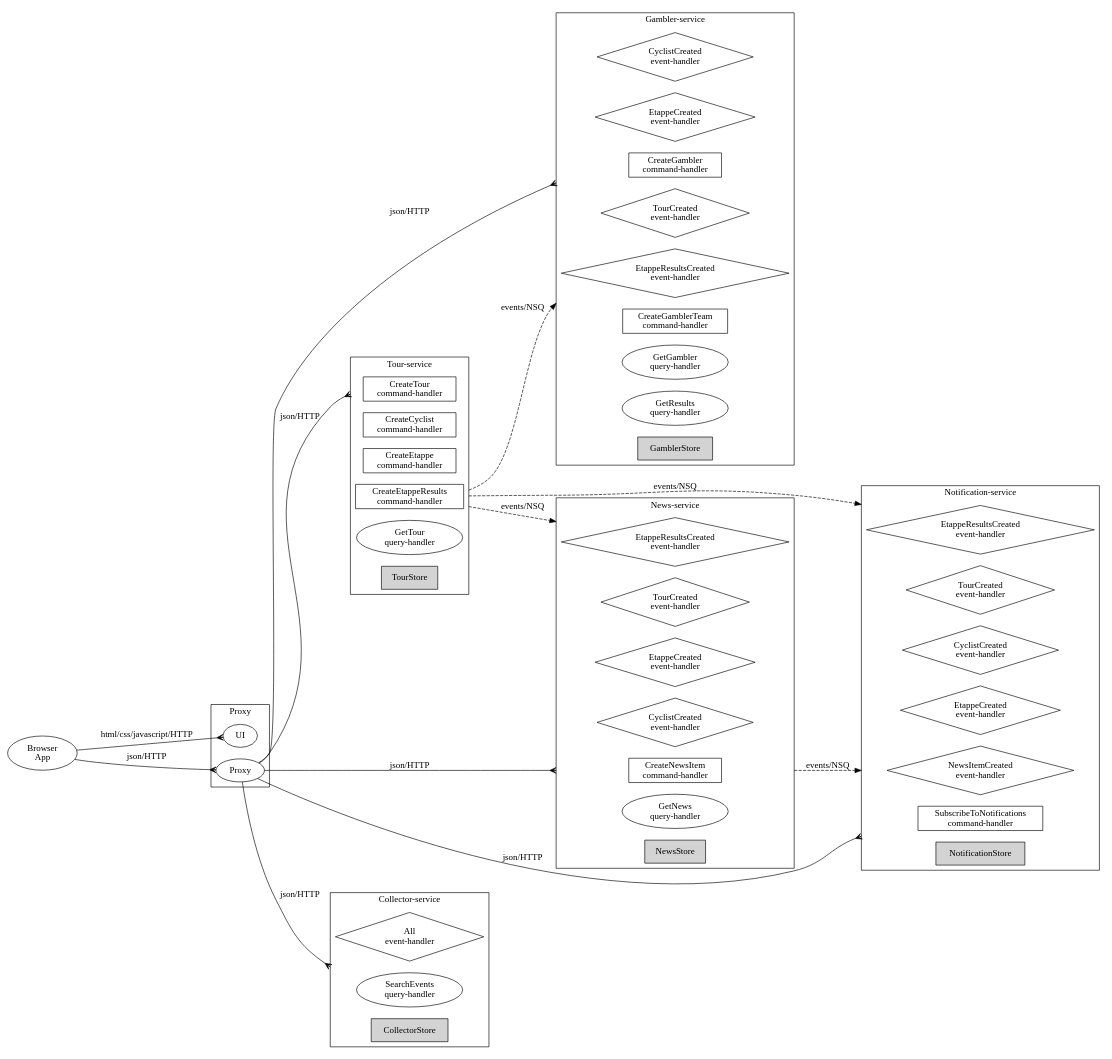
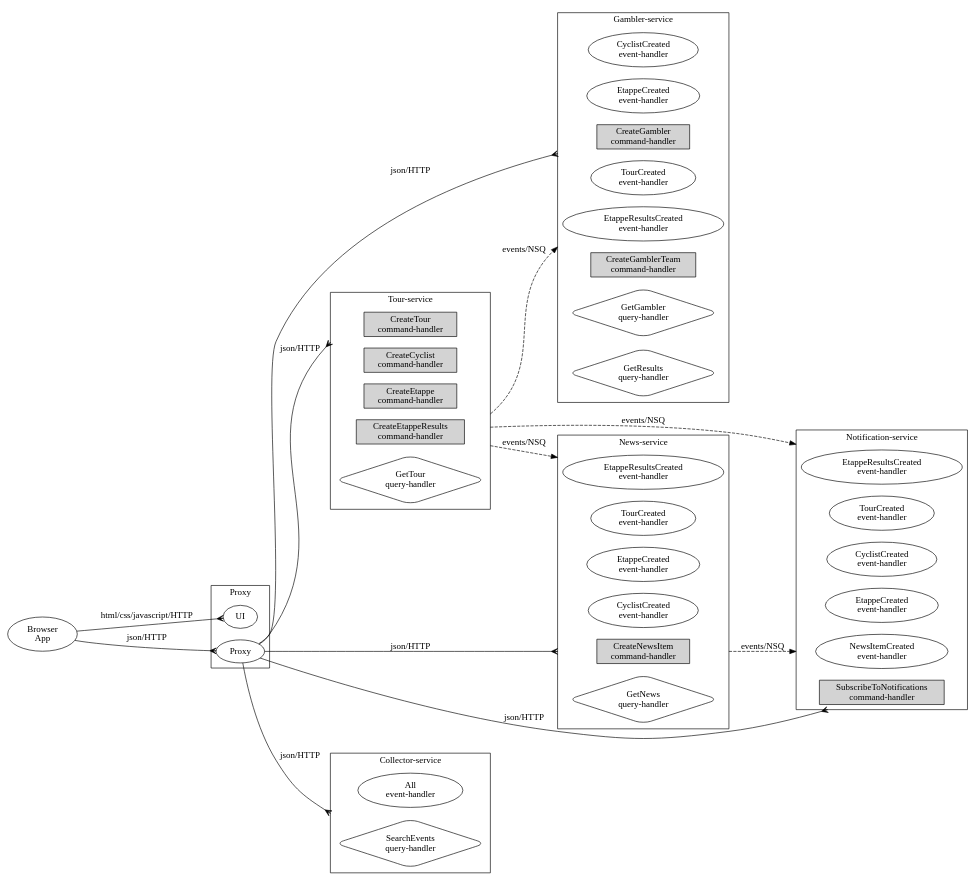
Before and after one commit to MarcGrol/microgen: the diagram in tourApp/doc/graphviz.dot, drawn with Graphviz. The commit also changed 18 other files, not shown here.

```diff
--- a/tourApp/doc/graphviz.dot
+++ b/tourApp/doc/graphviz.dot
@@ -21,27 +21,25 @@
 		// commands
 		
 			 
-				"TourCreateTour"  [label="CreateTour\ncommand-handler", shape=box];
+				"TourCreateTour"  [label="CreateTour\ncommand-handler", style=filled, shape=box];
 			
 		
 			 
-				"TourCreateCyclist"  [label="CreateCyclist\ncommand-handler", shape=box];
+				"TourCreateCyclist"  [label="CreateCyclist\ncommand-handler", style=filled, shape=box];
 			
 		
 			 
-				"TourCreateEtappe"  [label="CreateEtappe\ncommand-handler", shape=box];
+				"TourCreateEtappe"  [label="CreateEtappe\ncommand-handler", style=filled, shape=box];
 			
 		
 			 
-				"TourCreateEtappeResults"  [label="CreateEtappeResults\ncommand-handler", shape=box];
+				"TourCreateEtappeResults"  [label="CreateEtappeResults\ncommand-handler", style=filled, shape=box];
 			
 		
 			
-			    "TourGetTour"  [label="GetTour\nquery-handler"];
+			    "TourGetTour"  [label="GetTour\nquery-handler", style=rounded, shape=diamond];
 			
 		
-		// store
-		"TourStore" [shape=box, style=filled];
 	}
 
 	subgraph clustergambler {
@@ -50,34 +48,31 @@
 
 		// events
 		 
-			"GamblerCyclistCreated" [label="CyclistCreated\nevent-handler", shape=diamond];
+			"GamblerCyclistCreated" [label="CyclistCreated\nevent-handler", shape=oval];
 		 
-			"GamblerEtappeCreated" [label="EtappeCreated\nevent-handler", shape=diamond];
+			"GamblerEtappeCreated" [label="EtappeCreated\nevent-handler", shape=oval];
 		 
-			"GamblerEtappeResultsCreated" [label="EtappeResultsCreated\nevent-handler", shape=diamond];
+			"GamblerEtappeResultsCreated" [label="EtappeResultsCreated\nevent-handler", shape=oval];
 		 
-			"GamblerTourCreated" [label="TourCreated\nevent-handler", shape=diamond];
+			"GamblerTourCreated" [label="TourCreated\nevent-handler", shape=oval];
 		
 		// commands
 		
 			 
-				"GamblerCreateGambler"  [label="CreateGambler\ncommand-handler", shape=box];
+				"GamblerCreateGambler"  [label="CreateGambler\ncommand-handler", style=filled, shape=box];
 			
 		
 			 
-				"GamblerCreateGamblerTeam"  [label="CreateGamblerTeam\ncommand-handler", shape=box];
+				"GamblerCreateGamblerTeam"  [label="CreateGamblerTeam\ncommand-handler", style=filled, shape=box];
 			
 		
 			
-			    "GamblerGetGambler"  [label="GetGambler\nquery-handler"];
+			    "GamblerGetGambler"  [label="GetGambler\nquery-handler",style=rounded, shape=diamond];
 			
 		
 			
-			    "GamblerGetResults"  [label="GetResults\nquery-handler"];
+			    "GamblerGetResults"  [label="GetResults\nquery-handler",style=rounded, shape=diamond];
 			
-		
-		// store
-		"GamblerStore" [shape=box, style=filled];
 	}
 
 	subgraph clusternews {
@@ -86,26 +81,23 @@
 
 		// events
 		 
-			"NewsEtappeResultsCreated" [label="EtappeResultsCreated\nevent-handler", shape=diamond];
+			"NewsEtappeResultsCreated" [label="EtappeResultsCreated\nevent-handler", shape=oval];
 		 
-			"NewsTourCreated" [label="TourCreated\nevent-handler", shape=diamond];
+			"NewsTourCreated" [label="TourCreated\nevent-handler", shape=oval];
 		 
-			"NewsEtappeCreated" [label="EtappeCreated\nevent-handler", shape=diamond];
+			"NewsEtappeCreated" [label="EtappeCreated\nevent-handler", shape=oval];
 		 
-			"NewsCyclistCreated" [label="CyclistCreated\nevent-handler", shape=diamond];
+			"NewsCyclistCreated" [label="CyclistCreated\nevent-handler", shape=oval];
 		
 		// commands
 		
 			 
-				"NewsCreateNewsItem"  [label="CreateNewsItem\ncommand-handler", shape=box];
+				"NewsCreateNewsItem"  [label="CreateNewsItem\ncommand-handler", style=filled, shape=box];
 			
 		
 			
-			    "NewsGetNews"  [label="GetNews\nquery-handler"];
+			    "NewsGetNews"  [label="GetNews\nquery-handler",style=rounded, shape=diamond];
 			
-		
-		// store
-		"NewsStore" [shape=box, style=filled];
 	}
 
 	subgraph clusternotification {
@@ -114,40 +106,36 @@
 
 		// events
 		 
-			"NotificationNewsItemCreated" [label="NewsItemCreated\nevent-handler", shape=diamond];
+			"NotificationNewsItemCreated" [label="NewsItemCreated\nevent-handler", shape=oval];
 		 
-			"NotificationTourCreated" [label="TourCreated\nevent-handler", shape=diamond];
+			"NotificationTourCreated" [label="TourCreated\nevent-handler", shape=oval];
 		 
-			"NotificationCyclistCreated" [label="CyclistCreated\nevent-handler", shape=diamond];
+			"NotificationCyclistCreated" [label="CyclistCreated\nevent-handler", shape=oval];
 		 
-			"NotificationEtappeCreated" [label="EtappeCreated\nevent-handler", shape=diamond];
+			"NotificationEtappeCreated" [label="EtappeCreated\nevent-handler", shape=oval];
 		 
-			"NotificationEtappeResultsCreated" [label="EtappeResultsCreated\nevent-handler", shape=diamond];
+			"NotificationEtappeResultsCreated" [label="EtappeResultsCreated\nevent-handler", shape=oval];
 		
 		// commands
 		
 			 
-				"NotificationSubscribeToNotifications"  [label="SubscribeToNotifications\ncommand-handler", shape=box];
+			"NotificationSubscribeToNotifications"  [label="SubscribeToNotifications\ncommand-handler", style=filled, shape=box];
 			
-		
-		// store
-		"NotificationStore" [shape=box, style=filled];
 	}
 
 
 	subgraph clustercollector {
 		label="Collector-service";
 		
-		"Any" [label="All\nevent-handler", shape=diamond];
-		"CollectorSearchEvents"  [label="SearchEvents\nquery-handler"];
-		"CollectorStore" [shape=box, style=filled];
+		"Any" [label="All\nevent-handler", shape=oval];
+		"CollectorSearchEvents"  [label="SearchEvents\nquery-handler",style=rounded, shape=diamond];
     }
 
 // legend does not really clear things, so skip
 //    subgraph clusterlegend {
 //		label="Legend";
 //		"CommandHandler"  [label="Command-handler", shape=box];
-//		"EventHandler"  [label="Event-handler", shape=diamond];
+//		"EventHandler"  [label="Event-handler", shape=oval];
 //		"QueryHandler"  [label="Query-handler"];
 //		"Store local to service" [shape=box, style=filled];
 //   }
@@ -201,10 +189,10 @@
 	"Proxy" -> "CollectorSearchEvents" [label="json/HTTP", lhead=clustercollector, arrowhead=crow];
 
 	// edges for events
+	"TourCreateEtappeResults" -> "GamblerEtappeResultsCreated" [label="events/NSQ", ltail="clustertour", lhead="clustergambler",style=dashed];
+	"TourCreateEtappeResults" -> "NewsEtappeResultsCreated" [label="events/NSQ", ltail="clustertour", lhead="clusternews",style=dashed];
 	"TourCreateEtappeResults" -> "NotificationEtappeResultsCreated" [label="events/NSQ", ltail="clustertour", lhead="clusternotification",style=dashed];
 	"NewsCreateNewsItem" -> "NotificationNewsItemCreated" [label="events/NSQ", ltail="clusternews", lhead="clusternotification",style=dashed];
-	"TourCreateEtappeResults" -> "GamblerEtappeResultsCreated" [label="events/NSQ", ltail="clustertour", lhead="clustergambler",style=dashed];
-	"TourCreateEtappeResults" -> "NewsEtappeResultsCreated" [label="events/NSQ", ltail="clustertour", lhead="clusternews",style=dashed];
 
 
 }
```
